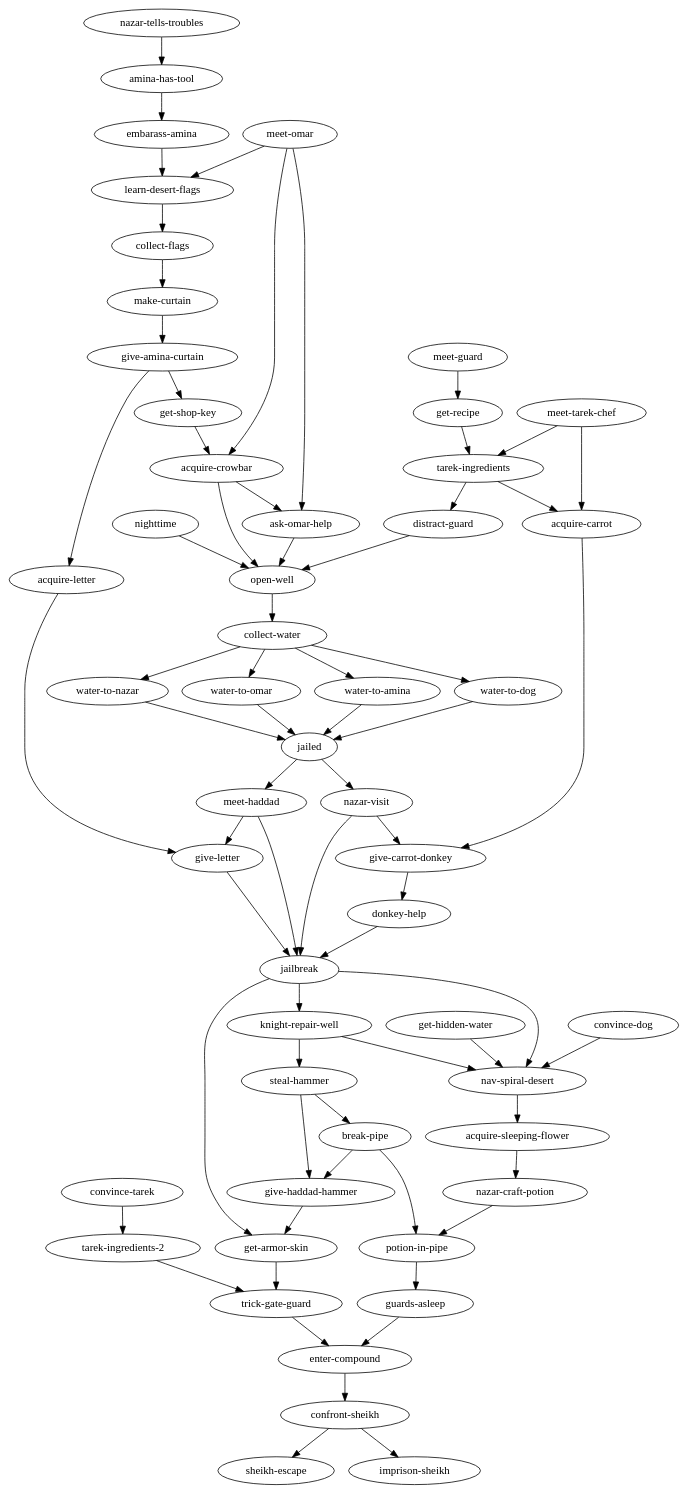
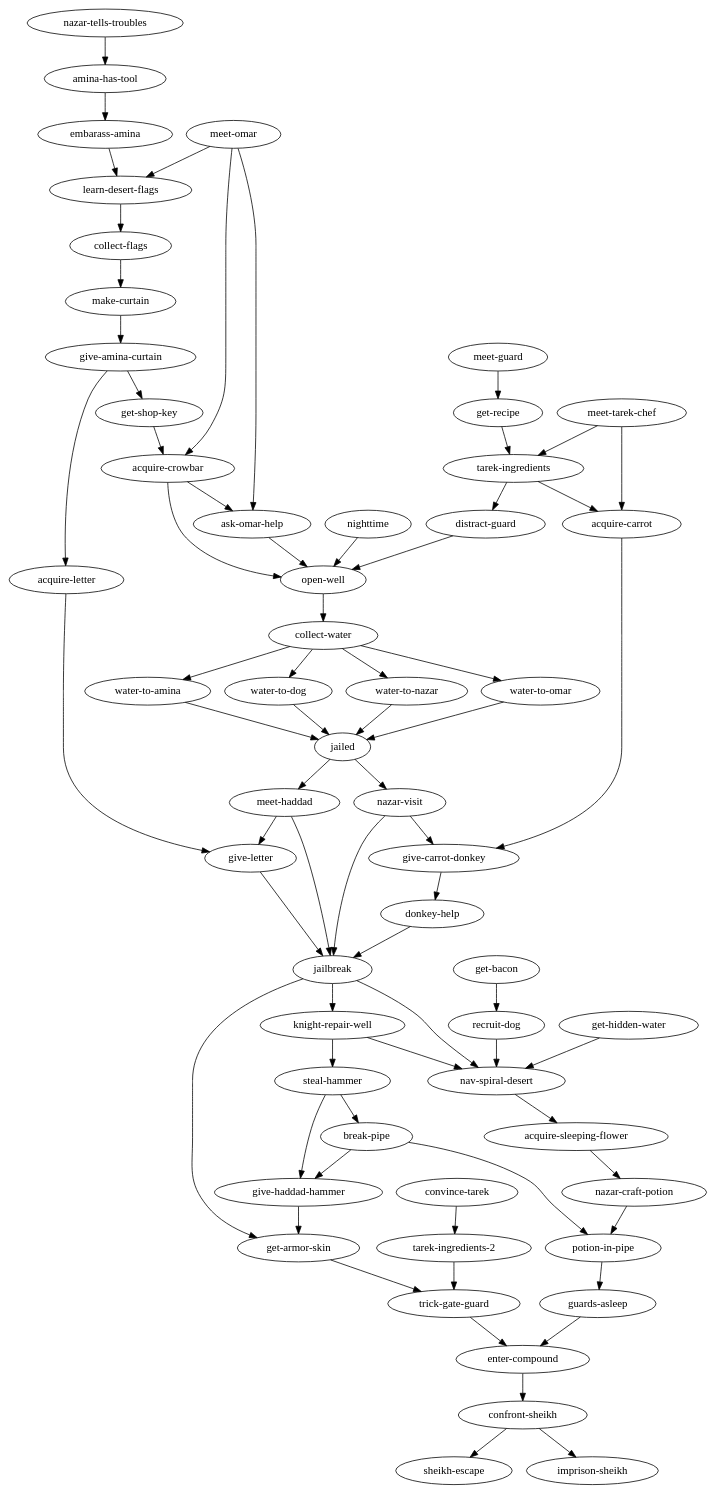
The diagram in level/outline.dot (amoffat/getlost-level-template), drawn with Graphviz before and after one commit. The commit also changed 12 other files, not shown here.

```diff
--- a/level/outline.dot
+++ b/level/outline.dot
@@ -1,69 +1,70 @@
 digraph BloodFeud {
     "nazar-tells-troubles" -> "amina-has-tool";
     "amina-has-tool" -> "embarass-amina";
     "get-armor-skin" -> "trick-gate-guard";
     "convince-tarek" -> "tarek-ingredients-2";
     "tarek-ingredients-2" -> "trick-gate-guard";
     "trick-gate-guard" -> "enter-compound";
     "embarass-amina" -> "learn-desert-flags";
     "meet-omar" -> "learn-desert-flags";
     "meet-omar" -> "ask-omar-help";
     "learn-desert-flags" -> "collect-flags";
     "collect-flags" -> "make-curtain";
     "make-curtain" -> "give-amina-curtain";
     "meet-omar" -> "acquire-crowbar";
     "get-shop-key" -> "acquire-crowbar";
     "water-to-nazar" -> "jailed";
     "water-to-omar" -> "jailed";
     "water-to-amina" -> "jailed";
     "water-to-dog" -> "jailed";
     "jailed" -> "meet-haddad";
     "meet-tarek-chef" -> "acquire-carrot";
     "meet-tarek-chef" -> "tarek-ingredients";
     "get-recipe" -> "tarek-ingredients";
     "meet-guard" -> "get-recipe";
     "tarek-ingredients" -> "acquire-carrot";
     "acquire-carrot" -> "give-carrot-donkey";
     "nazar-visit" -> "give-carrot-donkey";
     "give-carrot-donkey" -> "donkey-help";
     "donkey-help" -> "jailbreak";
     "meet-haddad" -> "jailbreak";
     "acquire-letter" -> "give-letter";
     "give-letter" -> "jailbreak";
     "meet-haddad" -> "give-letter";
     "give-amina-curtain" -> "get-shop-key";
     "give-amina-curtain" -> "acquire-letter";
     "collect-water" -> "water-to-omar";
     "collect-water" -> "water-to-amina";
     "collect-water" -> "water-to-nazar";
     "collect-water" -> "water-to-dog";
     "jailbreak" -> "get-armor-skin";
     "ask-omar-help" -> "open-well";
     "nighttime" -> "open-well";
     "tarek-ingredients" -> "distract-guard";
     "distract-guard" -> "open-well";
     "open-well" -> "collect-water";
     "jailbreak" -> "knight-repair-well";
     "knight-repair-well" -> "steal-hammer";
     "acquire-crowbar" -> "open-well";
     "acquire-crowbar" -> "ask-omar-help";
     "jailed" -> "nazar-visit";
     "nazar-visit" -> "jailbreak";
-    "convince-dog" -> "nav-spiral-desert";
+    "get-bacon" -> "recruit-dog";
+    "recruit-dog" -> "nav-spiral-desert";
     "get-hidden-water" -> "nav-spiral-desert";
     "jailbreak" -> "nav-spiral-desert";
     "knight-repair-well" -> "nav-spiral-desert";
     "nav-spiral-desert" -> "acquire-sleeping-flower";
     "steal-hammer" -> "give-haddad-hammer";
     "give-haddad-hammer" -> "get-armor-skin";
     "steal-hammer" -> "break-pipe";
     "break-pipe" -> "give-haddad-hammer";
     "break-pipe" -> "potion-in-pipe";
     "potion-in-pipe" -> "guards-asleep";
     "nazar-craft-potion" -> "potion-in-pipe";
     "acquire-sleeping-flower" -> "nazar-craft-potion";
     "guards-asleep" -> "enter-compound";
     "enter-compound" -> "confront-sheikh";
     "confront-sheikh" -> "sheikh-escape";
     "confront-sheikh" -> "imprison-sheikh";
 }
```
